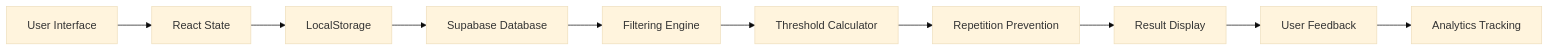
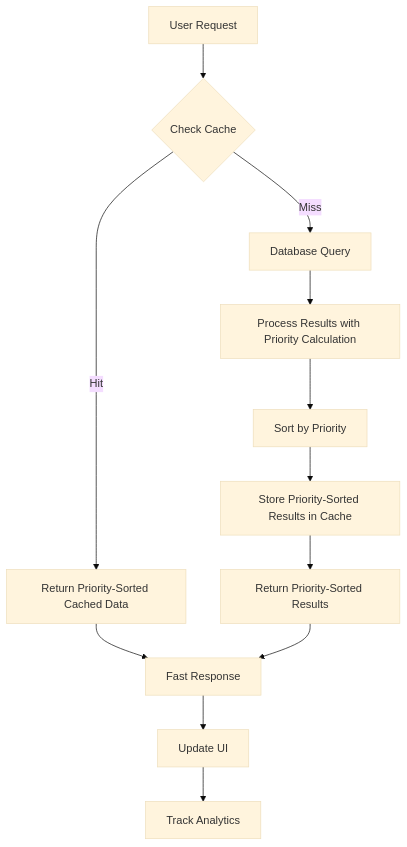
The ninth of 13 diagrams in INGREDIENT_SEARCH_FLOWCHART.md (Artificialintellectx/momfoodie-mvp), drawn with Mermaid (base theme) before and after one commit. The commit also changed other lines of this file and 3 other files, not shown here.

````diff
--- a/INGREDIENT_SEARCH_FLOWCHART.md
+++ b/INGREDIENT_SEARCH_FLOWCHART.md
@@ -127,12 +176,16 @@
 ```mermaid
-flowchart LR
-    A[User Interface] --> B[React State]
-    B --> C[LocalStorage]
-    C --> D[Supabase Database]
-    D --> E[Filtering Engine]
-    E --> F[Threshold Calculator]
-    F --> G[Repetition Prevention]
-    G --> H[Result Display]
-    H --> I[User Feedback]
-    I --> J[Analytics Tracking]
+flowchart TD
+    A[User Request] --> B{Check Cache}
+    B -->|Hit| C[Return Priority-Sorted Cached Data]
+    B -->|Miss| D[Database Query]
+    D --> E[Process Results with Priority Calculation]
+    E --> F[Sort by Priority]
+    F --> G[Store Priority-Sorted Results in Cache]
+    G --> H[Return Priority-Sorted Results]
+    
+    C --> I[Fast Response]
+    H --> I
+    
+    I --> J[Update UI]
+    J --> K[Track Analytics]
 ```
````
